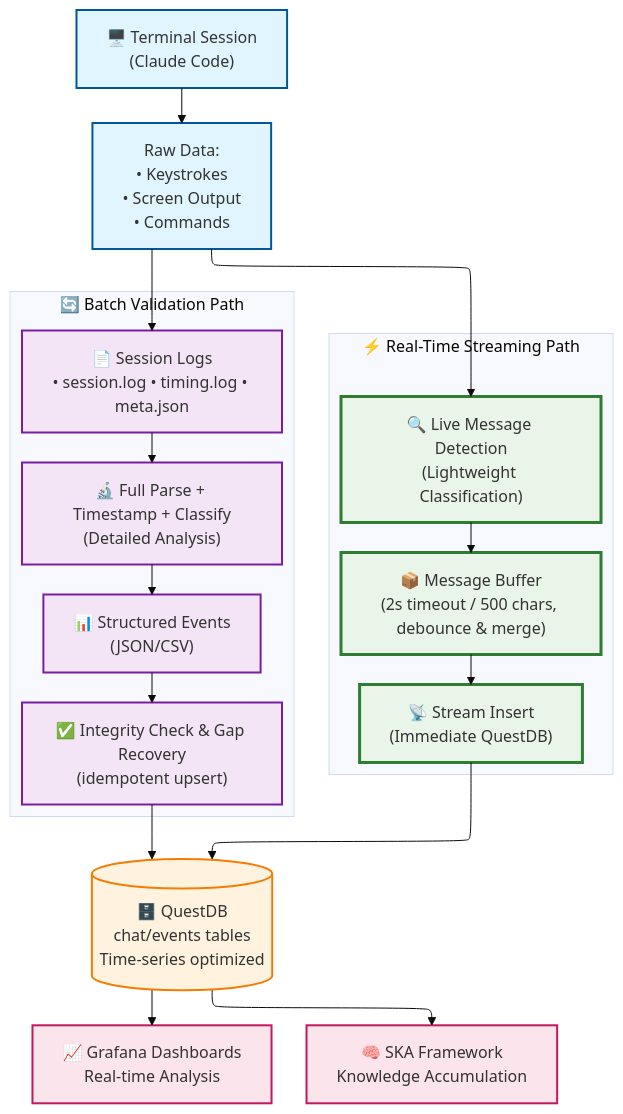
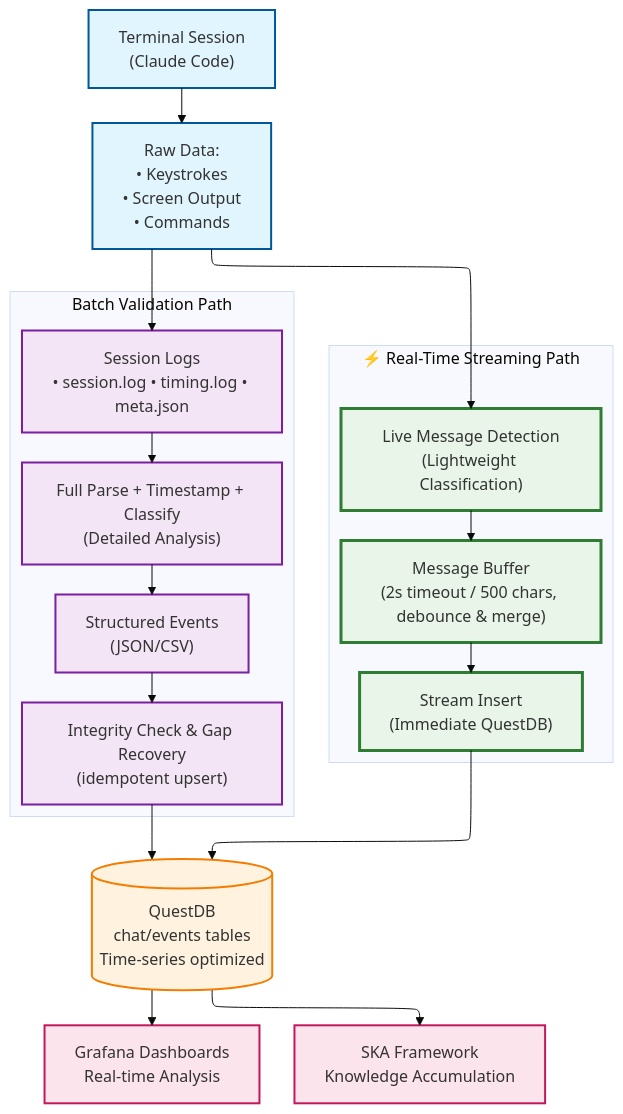
One commit to quantiota/AI-Agent-Host changed the diagram in claude-code/chat-history/README.md. Above: the diagram before and after it, drawn with Mermaid.

````diff
--- a/claude-code/chat-history/README.md
+++ b/claude-code/chat-history/README.md
@@ -152,67 +152,67 @@
 ```mermaid
 ---
 config:
   look: classic
   theme: base
   layout: elk
 ---
 flowchart TD
     %% Input Layer
-    terminal["🖥️ Terminal Session<br/>(Claude Code)"]
+    terminal[" Terminal Session<br/>(Claude Code)"]
     raw["Raw Data:<br/>• Keystrokes<br/>• Screen Output<br/>• Commands"]
     
     %% Dual Processing Paths
     subgraph "⚡ Real-Time Streaming Path"
         direction TB
-        realtime_detect["🔍 Live Message Detection<br/>(Lightweight Classification)"]
-        message_buffer["📦 Message Buffer<br/>(2s timeout / 500 chars, debounce & merge)"]
-        stream_insert["📡 Stream Insert<br/>(Immediate QuestDB)"]
+        realtime_detect[" Live Message Detection<br/>(Lightweight Classification)"]
+        message_buffer[" Message Buffer<br/>(2s timeout / 500 chars, debounce & merge)"]
+        stream_insert[" Stream Insert<br/>(Immediate QuestDB)"]
     end
     
-    subgraph "🔄 Batch Validation Path"
+    subgraph " Batch Validation Path"
         direction TB
-        logs["📄 Session Logs<br/>• session.log • timing.log • meta.json"]
-        parser["🔬 Full Parse + Timestamp + Classify<br/>(Detailed Analysis)"]
-        events["📊 Structured Events<br/>(JSON/CSV)"]
-        validate["✅ Integrity Check & Gap Recovery<br/>(idempotent upsert)"]
+        logs[" Session Logs<br/>• session.log • timing.log • meta.json"]
+        parser[" Full Parse + Timestamp + Classify<br/>(Detailed Analysis)"]
+        events[" Structured Events<br/>(JSON/CSV)"]
+        validate[" Integrity Check & Gap Recovery<br/>(idempotent upsert)"]
     end
     
     %% Database and Intelligence
-    questdb[("🗄️ QuestDB<br/>chat/events tables<br/>Time-series optimized")]
-    grafana["📈 Grafana Dashboards<br/>Real-time Analysis"]
-    ska["🧠 SKA Framework<br/>Knowledge Accumulation"]
+    questdb[(" QuestDB<br/>chat/events tables<br/>Time-series optimized")]
+    grafana[" Grafana Dashboards<br/>Real-time Analysis"]
+    ska[" SKA Framework<br/>Knowledge Accumulation"]
     
     %% Flow Connections
     terminal --> raw
     raw --> realtime_detect
     raw --> logs
     
     %% Real-time path
     realtime_detect --> message_buffer
     message_buffer --> stream_insert
     stream_insert --> questdb
     
     %% Batch validation path  
     logs --> parser
     parser --> events
     events --> validate
     validate --> questdb
     
     %% Intelligence layer
     questdb --> grafana
     questdb --> ska
     
     %% Styling
     classDef input fill:#e1f5fe,stroke:#01579b,stroke-width:2px
     classDef realtime fill:#e8f5e8,stroke:#2e7d32,stroke-width:3px
     classDef batch fill:#f3e5f5,stroke:#7b1fa2,stroke-width:2px
     classDef storage fill:#fff3e0,stroke:#f57c00,stroke-width:2px
     classDef intelligence fill:#fce4ec,stroke:#c2185b,stroke-width:2px
     
     class terminal,raw input
     class realtime_detect,message_buffer,stream_insert realtime
     class logs,parser,events,validate batch
     class questdb storage
     class grafana,ska intelligence
 
 ```
````
